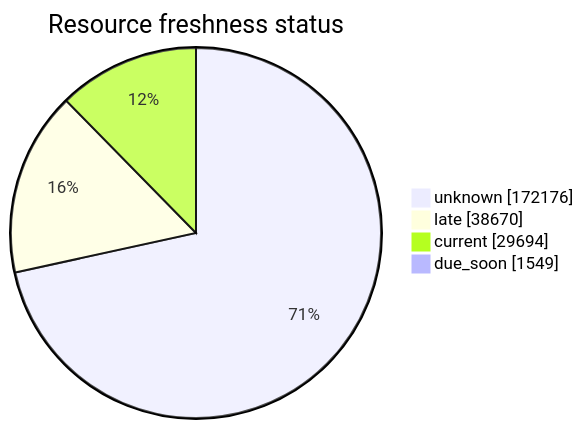
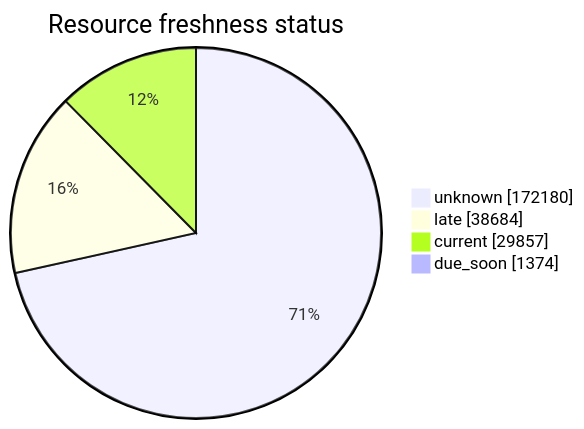
One commit to open-data/analytics-corporate-reporting changed the third of 5 diagrams in FreshCheck/README.md. Above: the diagram before and after it, drawn with Mermaid. The commit also changed other lines of this file and 3 other files, not shown here.

````diff
--- a/FreshCheck/README.md
+++ b/FreshCheck/README.md
@@ -77,7 +77,7 @@
 ```mermaid
 pie showData title Resource freshness status
-    "unknown": 172176
-    "late": 38670
-    "current": 29694
-    "due_soon": 1549
+    "unknown": 172180
+    "late": 38684
+    "current": 29857
+    "due_soon": 1374
 ```
````
